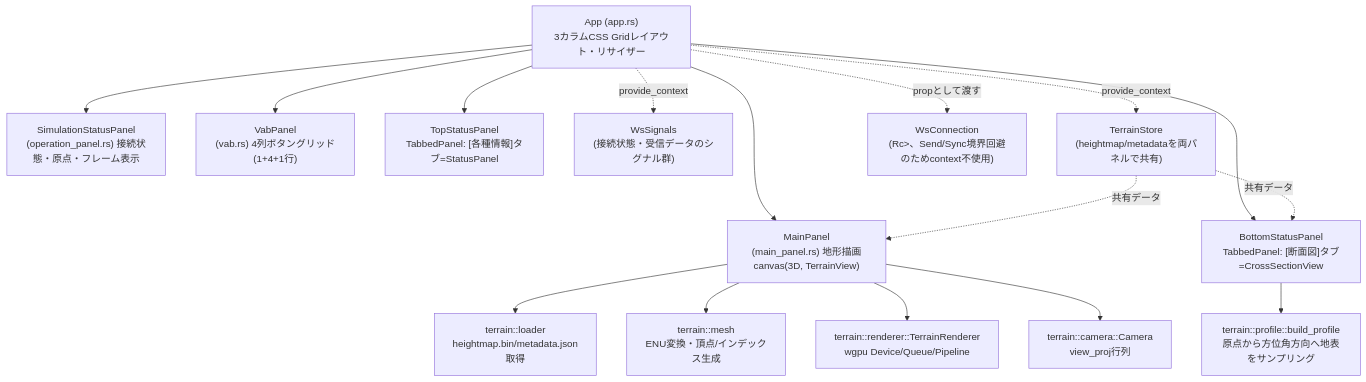
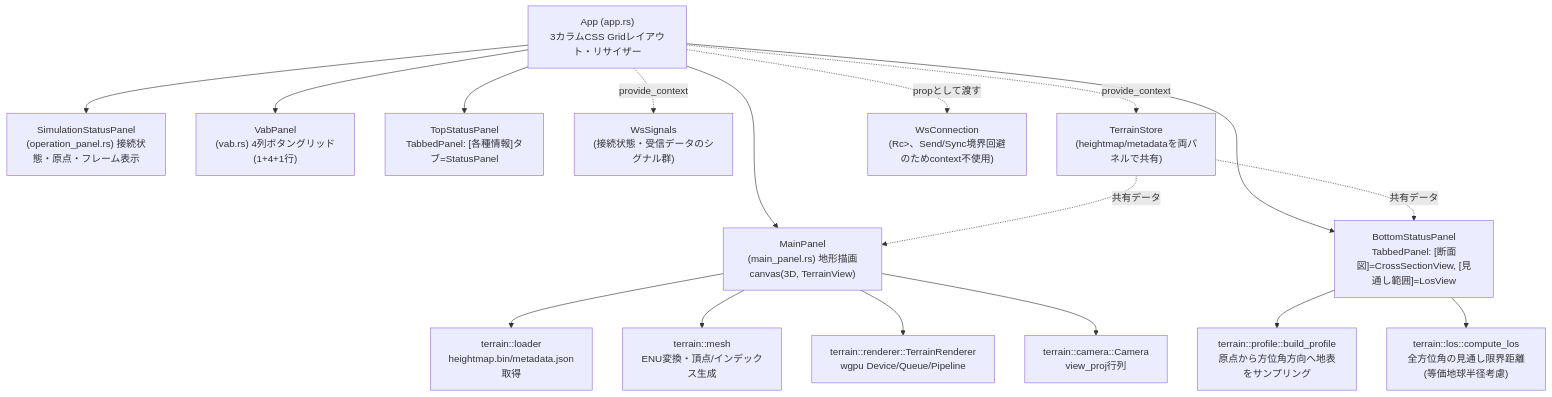
The ninth of 17 diagrams in DETAILED_DESIGN.md (ham1a6/SimulationView), drawn with Mermaid before and after one commit. The commit also changed other lines of this file and 8 other files, not shown here.

````diff
--- a/DETAILED_DESIGN.md
+++ b/DETAILED_DESIGN.md
@@ -639,21 +643,22 @@
 ```mermaid
 graph TD
     App["App (app.rs)<br/>3カラムCSS Gridレイアウト・リサイザー"]
     App --> SimulationStatusPanel["SimulationStatusPanel<br/>(operation_panel.rs) 接続状態・原点・フレーム表示"]
     App --> VabPanel["VabPanel<br/>(vab.rs) 4列ボタングリッド(1+4+1行)"]
     App --> MainPanel["MainPanel<br/>(main_panel.rs) 地形描画canvas(3D, TerrainView)"]
     App --> TopStatusPanel["TopStatusPanel<br/>TabbedPanel: [各種情報]タブ=StatusPanel"]
-    App --> BottomStatusPanel["BottomStatusPanel<br/>TabbedPanel: [断面図]タブ=CrossSectionView"]
+    App --> BottomStatusPanel["BottomStatusPanel<br/>TabbedPanel: [断面図]=CrossSectionView, [見通し範囲]=LosView"]
 
     App -.provide_context.-> WsSignals["WsSignals<br/>(接続状態・受信データのシグナル群)"]
     App -.provide_context.-> TerrainStore["TerrainStore<br/>(heightmap/metadataを両パネルで共有)"]
     App -.propとして渡す.-> WsConnection["WsConnection<br/>(Rc<RefCell<...>>、Send/Sync境界回避のためcontext不使用)"]
 
     MainPanel --> Loader["terrain::loader<br/>heightmap.bin/metadata.json取得"]
     MainPanel --> Mesh["terrain::mesh<br/>ENU変換・頂点/インデックス生成"]
     MainPanel --> Renderer["terrain::renderer::TerrainRenderer<br/>wgpu Device/Queue/Pipeline"]
     MainPanel --> Camera["terrain::camera::Camera<br/>view_proj行列"]
     BottomStatusPanel --> Profile["terrain::profile::build_profile<br/>原点から方位角方向へ地表をサンプリング"]
+    BottomStatusPanel --> Los["terrain::los::compute_los<br/>全方位角の見通し限界距離(等価地球半径考慮)"]
     TerrainStore -.共有データ.-> MainPanel
     TerrainStore -.共有データ.-> BottomStatusPanel
 ```
````
